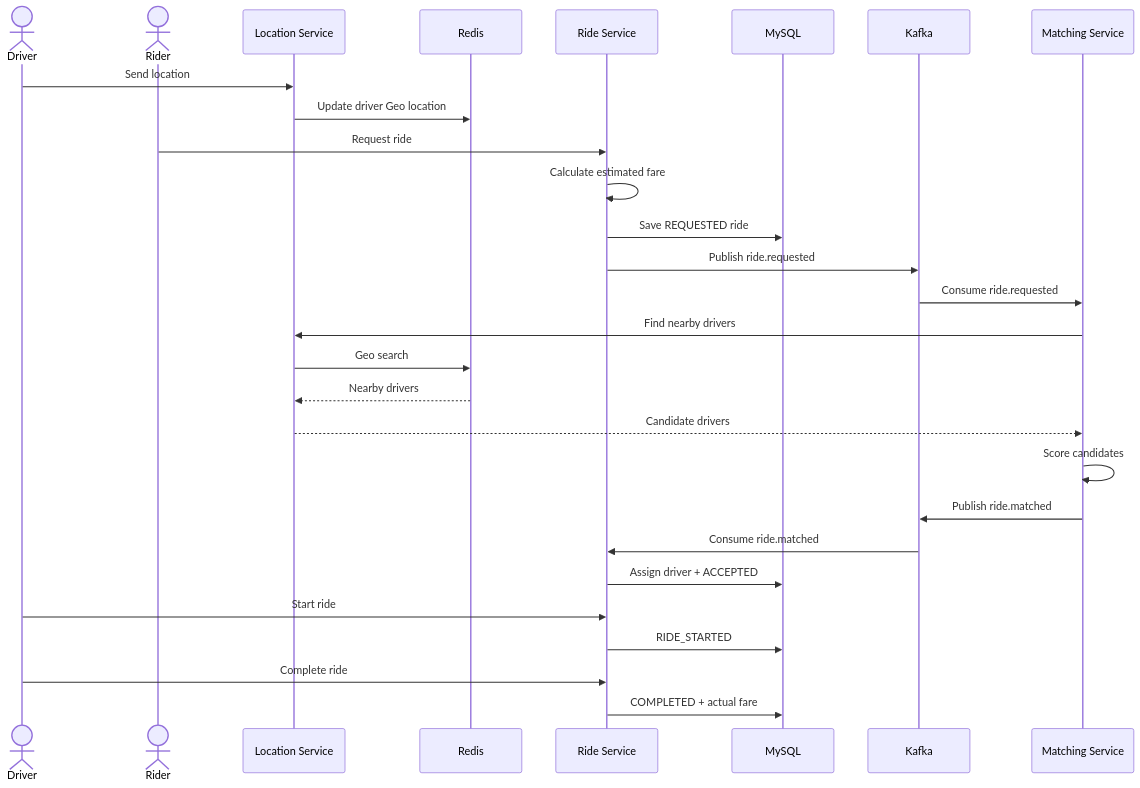
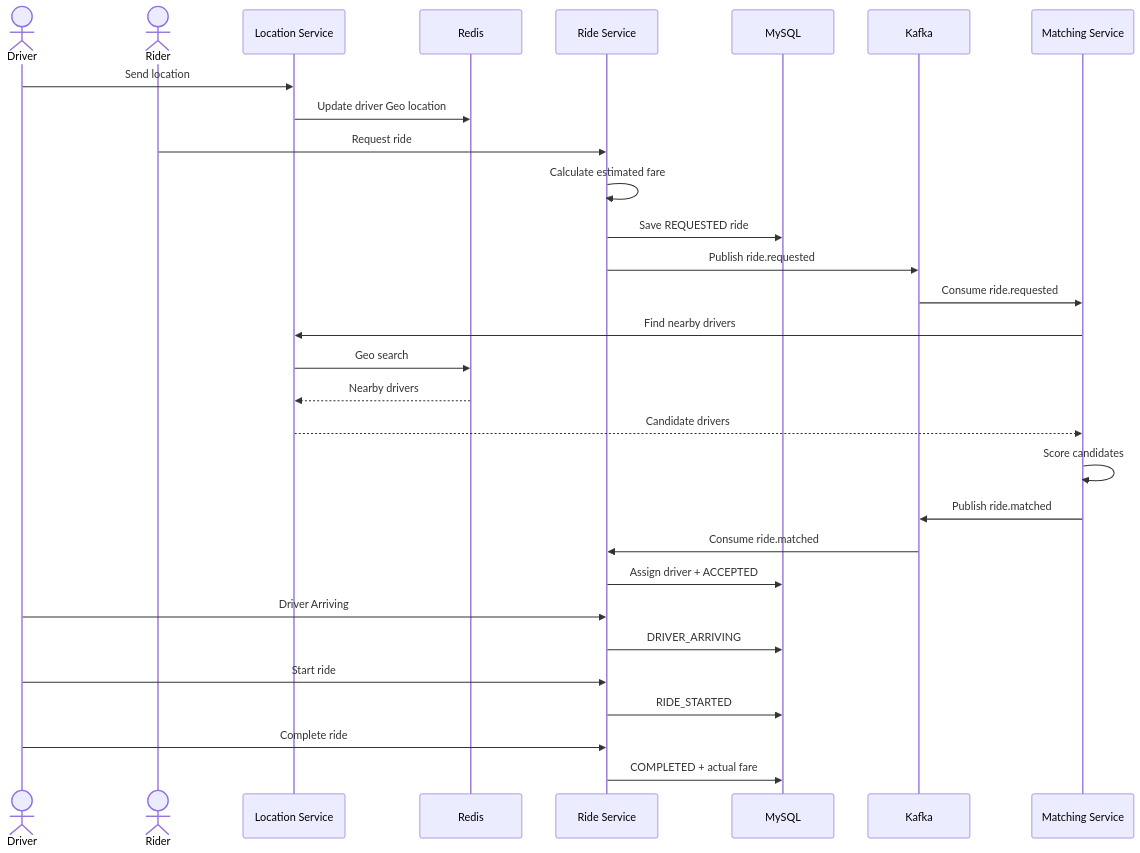
The third of 3 diagrams in ARCHITECTURE.md (hollow-2414/cab-driving-microservices), drawn with Mermaid before and after one commit. The commit also changed other lines of this file and 7 other files, not shown here.

Commit message:
feat: complete V06 driver claim concurrency flow

````diff
--- a/ARCHITECTURE.md
+++ b/ARCHITECTURE.md
@@ -761,40 +768,43 @@
 ``` mermaid
 sequenceDiagram
 
     actor Driver
     actor Rider
 
     participant Location as Location Service
     participant Redis
     participant Ride as Ride Service
     participant DB as MySQL
     participant Kafka
     participant Match as Matching Service
 
     Driver->>Location: Send location
     Location->>Redis: Update driver Geo location
 
     Rider->>Ride: Request ride
     Ride->>Ride: Calculate estimated fare
     Ride->>DB: Save REQUESTED ride
     Ride->>Kafka: Publish ride.requested
 
     Kafka->>Match: Consume ride.requested
 
     Match->>Location: Find nearby drivers
     Location->>Redis: Geo search
     Redis-->>Location: Nearby drivers
     Location-->>Match: Candidate drivers
 
     Match->>Match: Score candidates
     Match->>Kafka: Publish ride.matched
 
     Kafka->>Ride: Consume ride.matched
     Ride->>DB: Assign driver + ACCEPTED
 
+    Driver->>Ride: Driver Arriving
+    Ride->>DB: DRIVER_ARRIVING
+
     Driver->>Ride: Start ride
     Ride->>DB: RIDE_STARTED
 
     Driver->>Ride: Complete ride
     Ride->>DB: COMPLETED + actual fare
 ```
````
